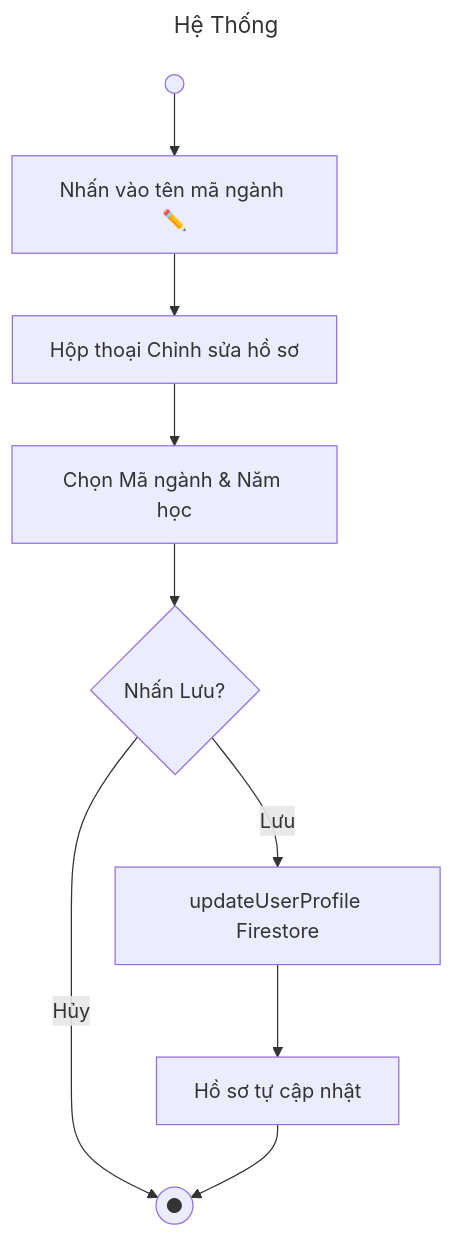
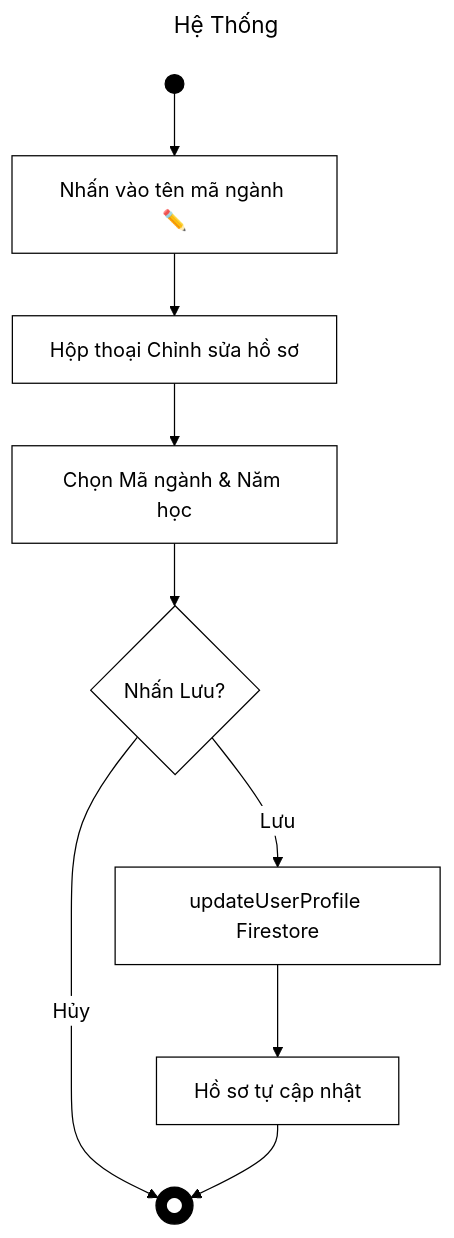
Before and after one commit to Babiboyy55/TaskHeroPKA: diagram 11 of 22 in Activity_Diagrams.md, drawn with Mermaid. The commit also changed other lines of this file, not shown here.

````diff
--- a/Activity_Diagrams.md
+++ b/Activity_Diagrams.md
@@ -188,14 +218,17 @@
 ```mermaid
 ---
 title: Hệ Thống
 ---
+%%{init: {'theme':'base', 'themeVariables': {'primaryColor':'#ffffff', 'primaryBorderColor':'#000000', 'primaryTextColor':'#000000', 'lineColor':'#000000', 'edgeLabelBackground':'#ffffff', 'tertiaryColor':'#ffffff'}}}%%
 flowchart TD
-    S(( )) --> A[Nhấn vào tên mã ngành ✏️]
+    classDef default fill:#ffffff,stroke:#000000,stroke-width:1px,color:#000000;
+    classDef blackNode fill:#000000,stroke:#000000,stroke-width:1px,color:#ffffff;
+    S(( )):::blackNode --> A[Nhấn vào tên mã ngành ✏️]
     A --> B[Hộp thoại Chỉnh sửa hồ sơ]
     B --> C[Chọn Mã ngành & Năm học]
     C --> D1{Nhấn Lưu?}
-    D1 -- Hủy --> Z((●))
+    D1 -- Hủy --> Z((●)):::blackNode
     D1 -- Lưu --> E[updateUserProfile Firestore]
     E --> F[Hồ sơ tự cập nhật]
     F --> Z
 ```
````
